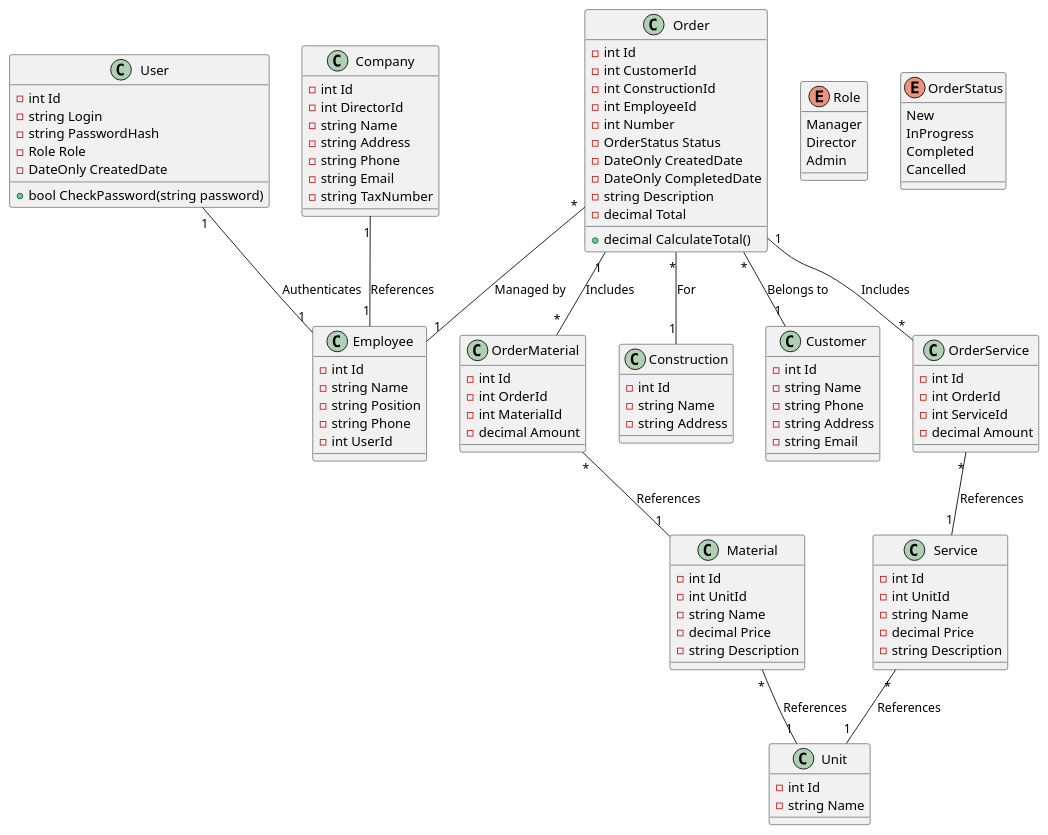
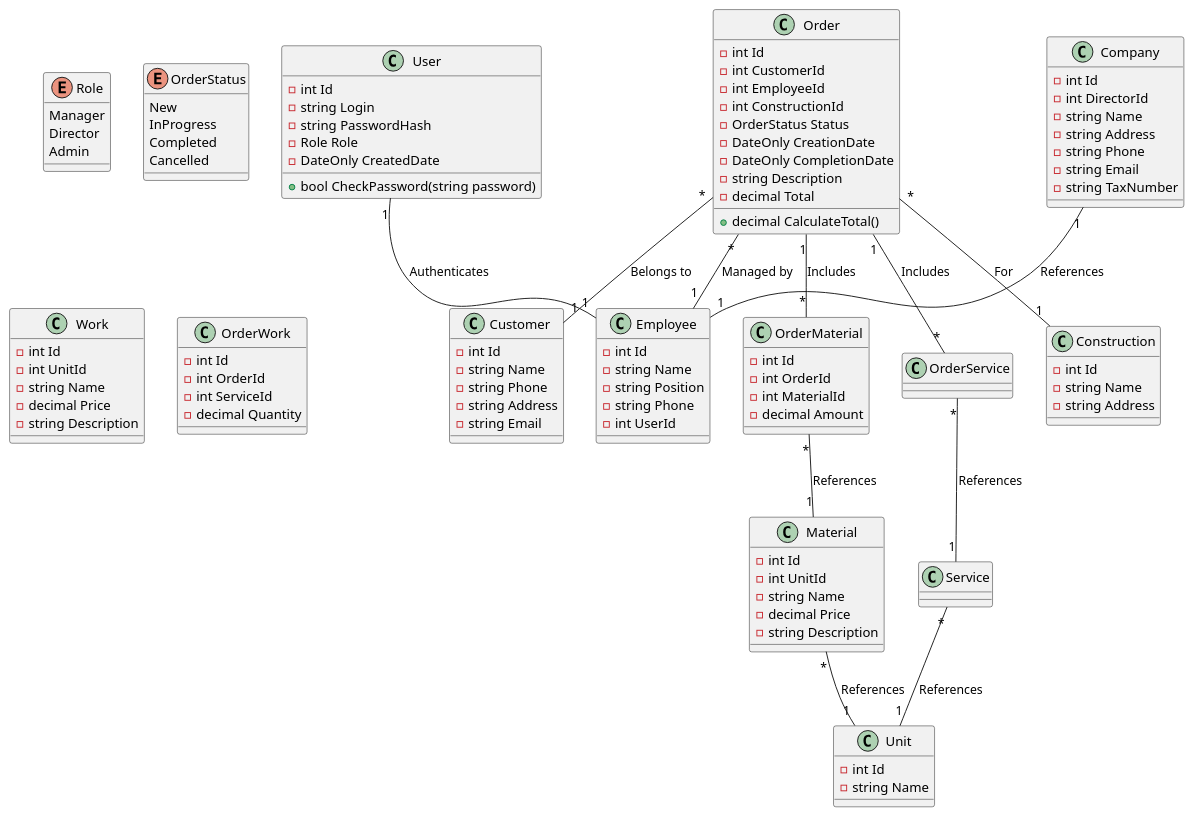
Before and after one commit to elaktionovtop/Estimate: the diagram in Estimate/Документация/Диаграммы/Диаграмма_классов.puml, drawn with PlantUML. The commit also changed 36 other files, not shown here.

```diff
--- a/Estimate/Документация/Диаграммы/Диаграмма_классов.puml
+++ b/Estimate/Документация/Диаграммы/Диаграмма_классов.puml
@@ -1,119 +1,118 @@
 @startuml
 
 class User {
   -int Id
   -string Login
   -string PasswordHash
   -Role Role
   -DateOnly CreatedDate
   +bool CheckPassword(string password)
 }
 
 enum Role {
   Manager
   Director
   Admin
 }
 
 class Order {
   -int Id
   -int CustomerId
+  -int EmployeeId
   -int ConstructionId
-  -int EmployeeId
-  -int Number
   -OrderStatus Status
-  -DateOnly CreatedDate
-  -DateOnly CompletedDate
+  -DateOnly CreationDate
+  -DateOnly CompletionDate
   -string Description
   -decimal Total
   +decimal CalculateTotal()
 }
 
 enum OrderStatus {
   New
   InProgress
   Completed
   Cancelled
 }
 
 class Customer {
   -int Id
   -string Name
   -string Phone
   -string Address
   -string Email
 }
 
-class Service {
+class Work {
   -int Id
   -int UnitId
   -string Name
   -decimal Price
   -string Description
 }
 
-class OrderService {
+class OrderWork {
   -int Id
   -int OrderId
   -int ServiceId
-  -decimal Amount
+  -decimal Quantity
 }
 
 class Material {
   -int Id
   -int UnitId
   -string Name
   -decimal Price
   -string Description
 }
 
 class OrderMaterial {
   -int Id
   -int OrderId
   -int MaterialId
   -decimal Amount
 }
 
 class Unit {
   -int Id
   -string Name
 }
 
 class Construction {
   -int Id
   -string Name
   -string Address
 }
 
 class Employee {
   -int Id
   -string Name
   -string Position
   -string Phone
   -int UserId
 }
 
 class Company {
   -int Id
   -int DirectorId
   -string Name
   -string Address
   -string Phone
   -string Email
   -string TaxNumber
 }
 
 ' Связи
 User "1" -- "1" Employee : Authenticates
 Order "*" -- "1" Customer : Belongs to
 Order "*" -- "1" Construction : For
 Order "*" -- "1" Employee : Managed by
 Order "1" -- "*" OrderService : Includes
 Order "1" -- "*" OrderMaterial : Includes
 OrderService "*" -- "1" Service : References
 Service "*" -- "1" Unit : References
 OrderMaterial "*" -- "1" Material : References
 Material "*" -- "1" Unit : References
 Company "1" -- "1" Employee : References
 
 @enduml
```
